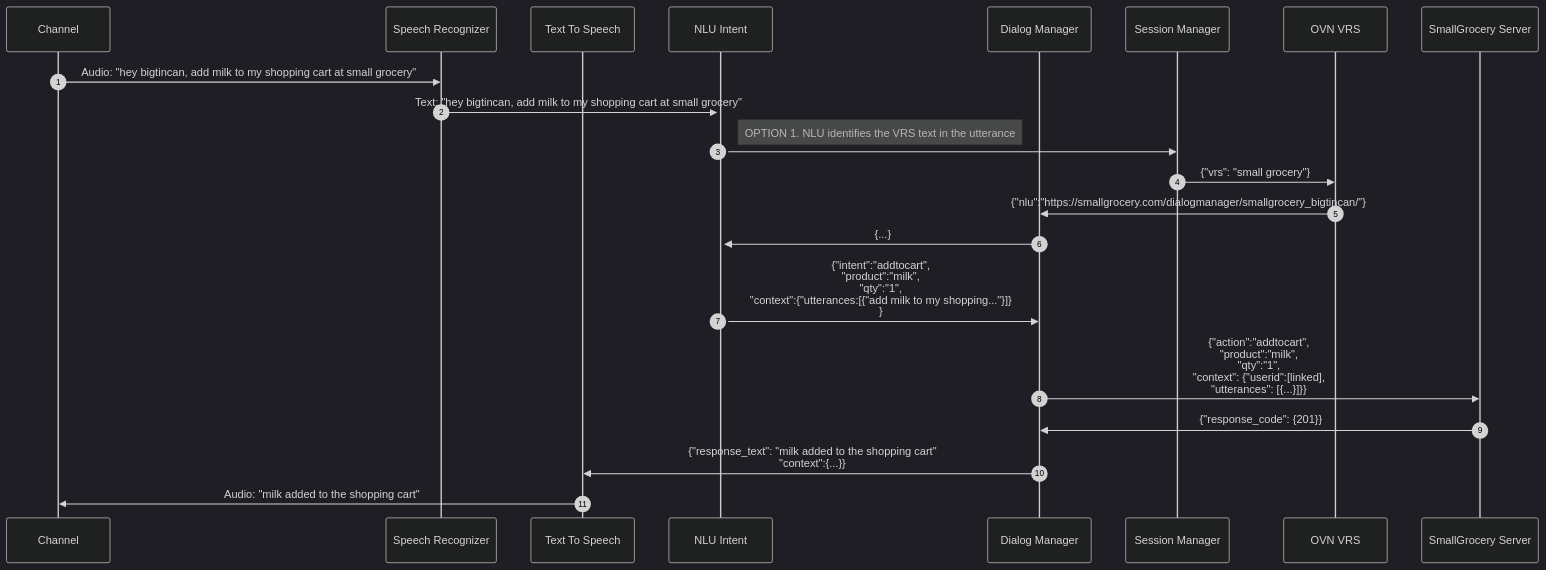
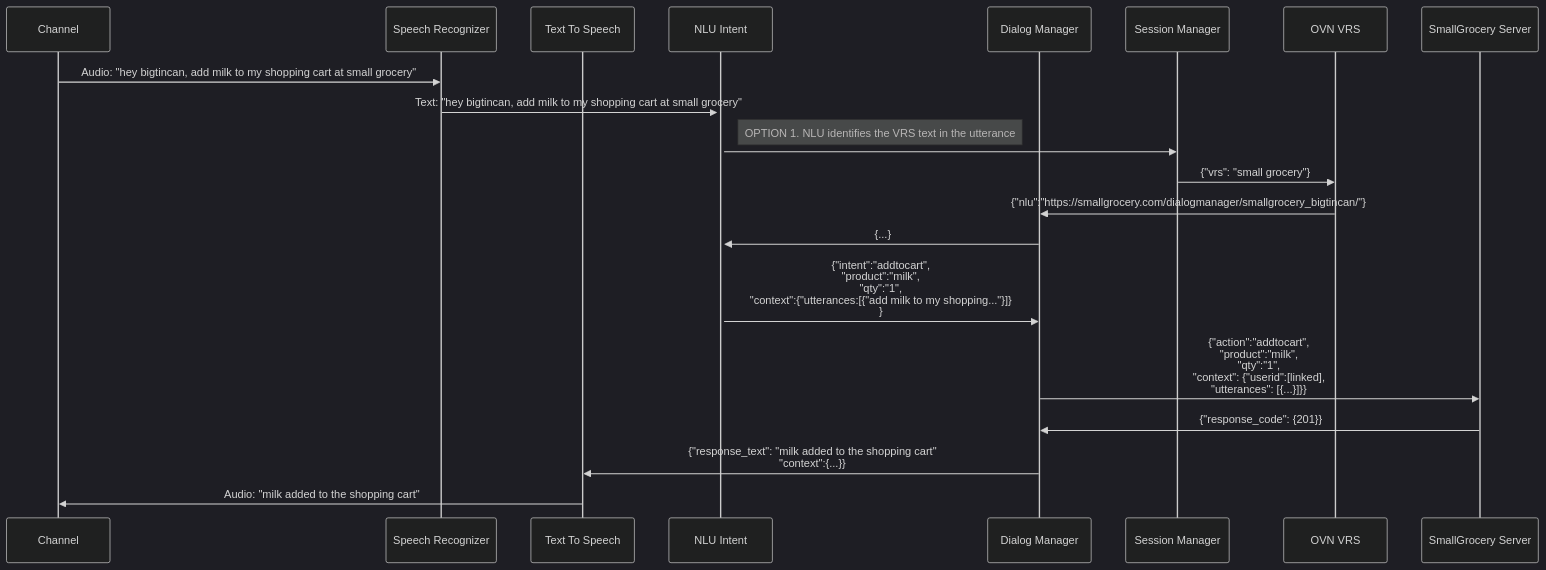
One commit to open-voice-interoperability/docs-archived changed the first of 3 diagrams in architecture/decisions/0002-vrs-type.md. Above: the diagram before and after it, drawn with Mermaid (dark theme).

Commit message:
remove the autonumber, issue #100

````diff
--- a/architecture/decisions/0002-vrs-type.md
+++ b/architecture/decisions/0002-vrs-type.md
@@ -43,27 +43,26 @@
 ```mermaid
 sequenceDiagram
-autonumber
 participant C as Channel
 participant SR as Speech Recognizer
 participant TTS as Text To Speech
 participant NLU as NLU Intent
 participant DM as Dialog Manager
 participant SM as Session Manager
 participant VRS as OVN VRS
 participant SS as SmallGrocery Server
 
 
 C ->> SR: Audio: "hey bigtincan, add milk to my shopping cart at small grocery"
 SR ->>+ NLU: Text: "hey bigtincan, add milk to my shopping cart at small grocery" 
   Note right of NLU: OPTION 1. NLU identifies the VRS text in the utterance 
 NLU ->> SM: 
 SM ->> VRS: {"vrs": "small grocery"}
 VRS ->> DM: {"nlu":"https://smallgrocery.com/dialogmanager/smallgrocery_bigtincan/"}
 DM ->> NLU: {...}
 NLU ->> DM: {"intent":"addtocart", <br> "product":"milk", <br> "qty":"1", <br> "context":{"utterances:[{"add milk to my shopping..."}]}<br>}
 DM ->> SS: {"action":"addtocart", <br> "product":"milk", <br> "qty":"1", <br> "context": {"userid":[linked], <br> "utterances": [{...}]}}
 SS ->> DM: {"response_code": {201}}
 DM ->> TTS: {"response_text": "milk added to the shopping cart" <br> "context":{...}}
 TTS ->> C: Audio: "milk added to the shopping cart"
 
 ```
````
